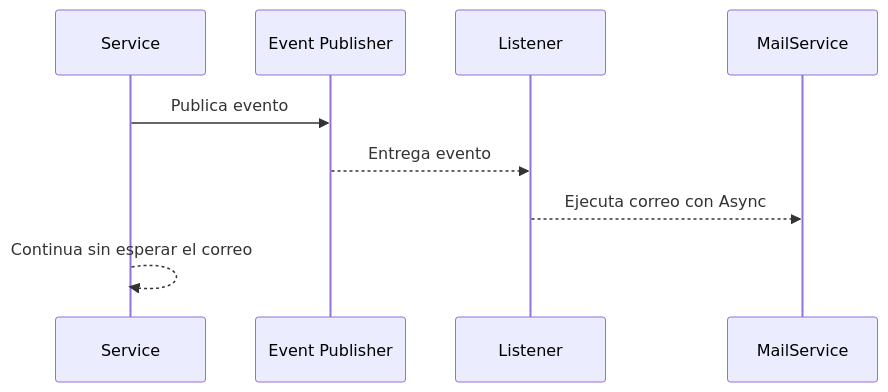
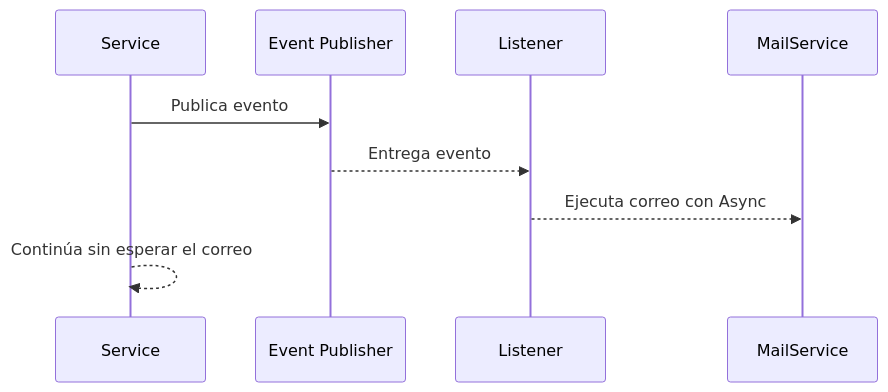
Before and after one commit to Walternvm/proyecto-backend-swaplt: the fourth of 6 diagrams in README.md, drawn with Mermaid. The commit also changed other lines of this file, not shown here.

````diff
--- a/README.md
+++ b/README.md
@@ -204,11 +219,11 @@
 ```mermaid
 sequenceDiagram
     participant S as Service
     participant E as Event Publisher
     participant L as Listener
     participant M as MailService
     S->>E: Publica evento
     E-->>L: Entrega evento
     L-->>M: Ejecuta correo con Async
-    S-->>S: Continua sin esperar el correo
+    S-->>S: Continúa sin esperar el correo
 ```
````
